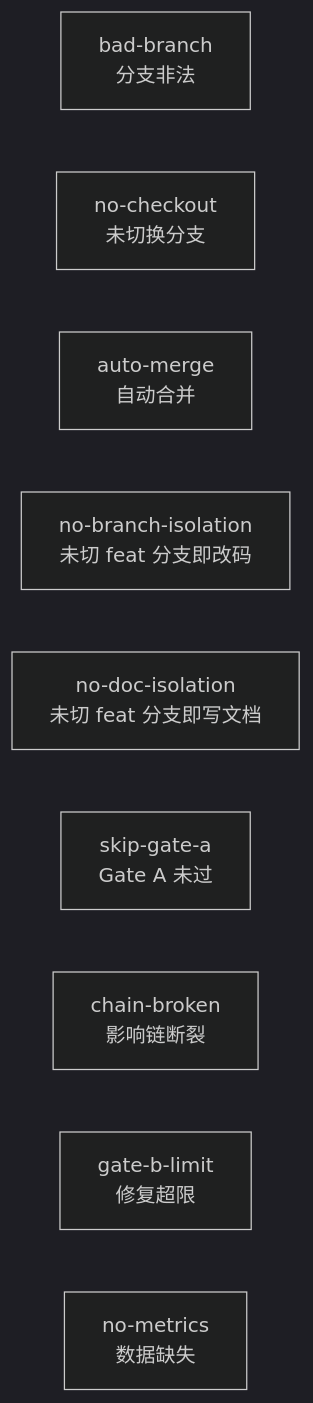
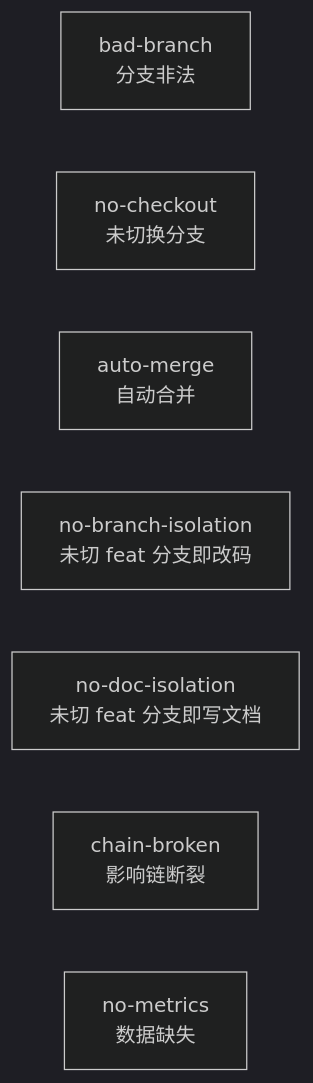
The eighth of 14 diagrams in rules/code-pipeline.md (effiy/YrY), drawn with Mermaid (dark theme) before and after one commit. The commit also changed other lines of this file and 37 other files, not shown here.

````diff
--- a/rules/code-pipeline.md
+++ b/rules/code-pipeline.md
@@ -226,13 +197,11 @@
 ```mermaid
 flowchart LR
     B1["bad-branch<br/>分支非法"]:::block
     B2["no-checkout<br/>未切换分支"]:::block
     B3["auto-merge<br/>自动合并"]:::block
     B0["no-branch-isolation<br/>未切 feat 分支即改码"]:::block
     B8["no-doc-isolation<br/>未切 feat 分支即写文档"]:::block
-    B4["skip-gate-a<br/>Gate A 未过"]:::block
     B5["chain-broken<br/>影响链断裂"]:::block
-    B6["gate-b-limit<br/>修复超限"]:::block
     B7["no-metrics<br/>数据缺失"]:::warn
 
 ```
````
